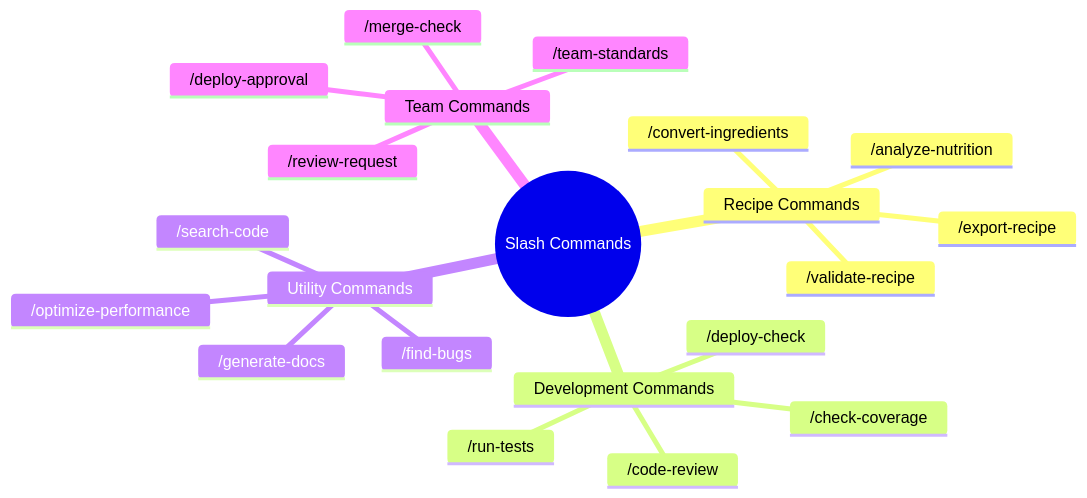
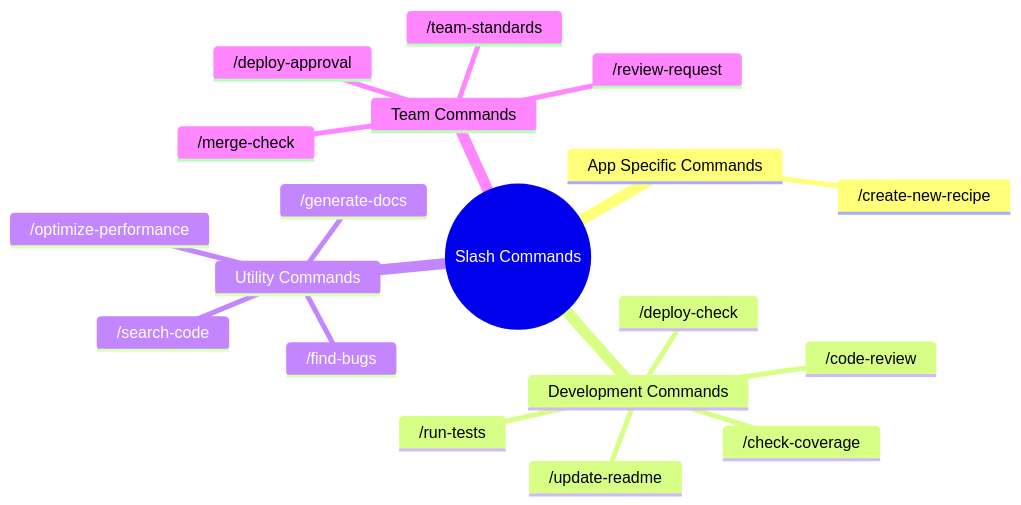
One commit to p-wegner/claude_code_training changed the seventh of 11 diagrams in modules/module4-slash-commands/README.md. Above: the diagram before and after it, drawn with Mermaid. The commit also changed other lines of this file and 3 other files, not shown here.

````diff
--- a/modules/module4-slash-commands/README.md
+++ b/modules/module4-slash-commands/README.md
@@ -172,24 +172,22 @@
 ```mermaid
 mindmap
   root((Slash Commands))
-    Recipe Commands
-      /validate-recipe
-      /analyze-nutrition
-      /convert-ingredients
-      /export-recipe
+    App Specific Commands
+      /create-new-recipe
     Development Commands
       /code-review
+      /update-readme
       /run-tests
       /check-coverage
       /deploy-check
     Utility Commands
       /search-code
       /find-bugs
       /optimize-performance
       /generate-docs
     Team Commands
       /team-standards
       /review-request
       /merge-check
       /deploy-approval
 ```
````
